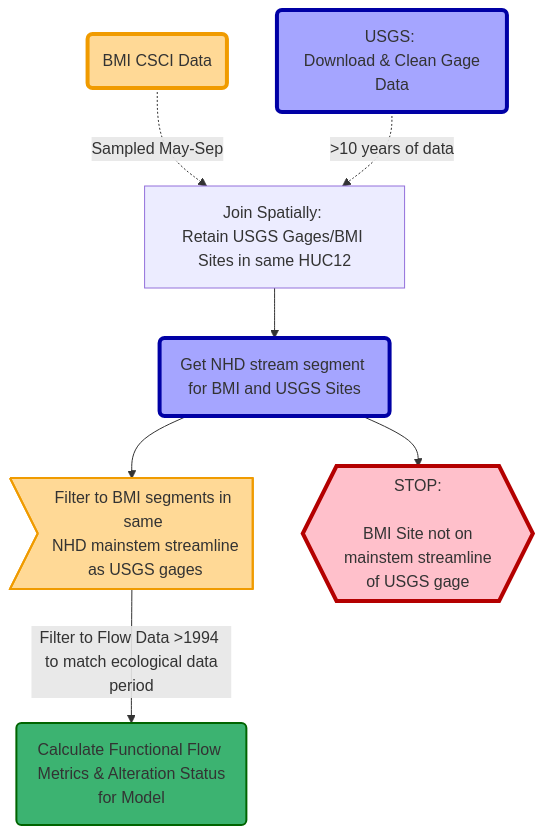
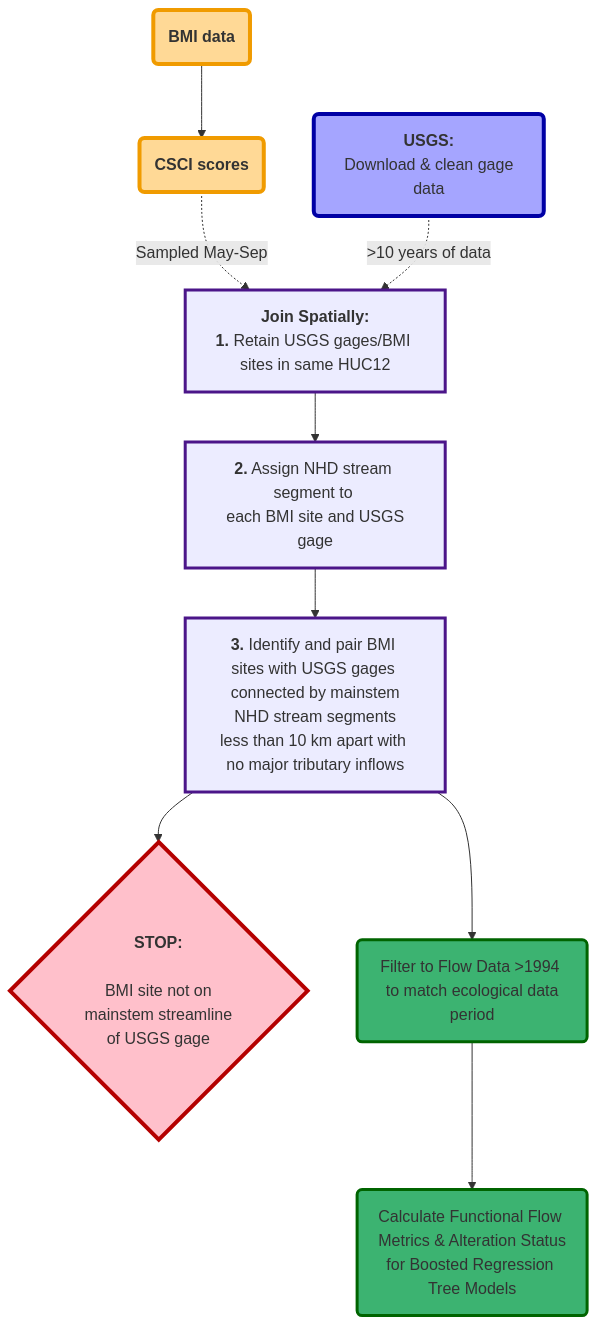
The diagram in docs/analysis_flowchart_spatial_join.mmd (ceff-tech/bmi_ffm_links), drawn with Mermaid before and after one commit. The commit also changed 5 other files, not shown here.

Commit message:
update flowchart figure

```diff
--- a/docs/analysis_flowchart_spatial_join.mmd
+++ b/docs/analysis_flowchart_spatial_join.mmd
@@ -1,15 +1,18 @@
 graph TB;
-
-  A(BMI CSCI Data)-.->|Sampled May-Sep| C[Join Spatially: <br>Retain USGS Gages/BMI Sites in same HUC12]
-  B(USGS: <br> Download & Clean Gage Data)-.->|>10 years of data| C
-  C--> D(Get NHD stream segment for BMI and USGS Sites)
-  D--> E>Filter to BMI segments in same <br> NHD mainstem streamline as USGS gages]
-  D--> F{{STOP: <br><br> BMI Site not on <br>mainstem streamline<br>of USGS gage}}
-  E-->|Filter to Flow Data >1994 <br> to match ecological data period| G(Calculate Functional Flow Metrics & Alteration Status<br>for Model)
-  
-  style A fill:#ffd996,stroke:#f09b00,stroke-width:4px
-  style B fill:#a5a5ff,stroke:#0000a5,stroke-width:4px
-  style E fill:#ffd996,stroke:#f09b00,stroke-width:2px
-  style D fill:#a5a5ff,stroke:#0000a5,stroke-width:4px
-  style F fill:#ffc0cb,stroke:#b40000,stroke-width:4px
-  style G fill:#3CB371,stroke:#006400,stroke-width:2px
+style A fill:#ffd996,stroke:#f09b00,stroke-width:4px
+style B fill:#ffd996,stroke:#f09b00,stroke-width:4px
+style C fill:#a5a5ff,stroke:#0000a5,stroke-width:4px
+style D stroke:#4B1589,stroke-width:3px
+style E stroke:#4B1589,stroke-width:3px
+style F stroke:#4B1589,stroke-width:3px
+style G fill:#ffc0cb,stroke:#b40000,stroke-width:4px
+style H fill:#3CB371,stroke:#006400,stroke-width:3px
+style I fill:#3CB371,stroke:#006400,stroke-width:3px
+  A(<b>BMI data</b>)-->B(<b>CSCI scores</b>)
+  B-.->|Sampled May-Sep| D[<center><b>Join Spatially:</center>1.</b> Retain USGS gages/BMI sites in same HUC12]
+  C(<center><b>USGS:</b><br> Download & clean gage data</center>)-.->|>10 years of data| D
+  D--> E[<b>2.</b> Assign NHD stream segment to <br> each BMI site and USGS gage]
+  E--> F[<center><b>3.</b> Identify and pair BMI sites with USGS gages <br> connected by mainstem NHD stream segments<br>less than 10 km apart with no major tributary inflows</center>]
+  F-->G{<center><b>STOP:</b><br><br> BMI site not on <br>mainstem streamline<br>of USGS gage</center>}
+  F--> H(Filter to Flow Data >1994 <br> to match ecological data period)
+  H--> I(<center>Calculate Functional Flow Metrics & Alteration Status<br>for Boosted Regression Tree Models</center>)
```
